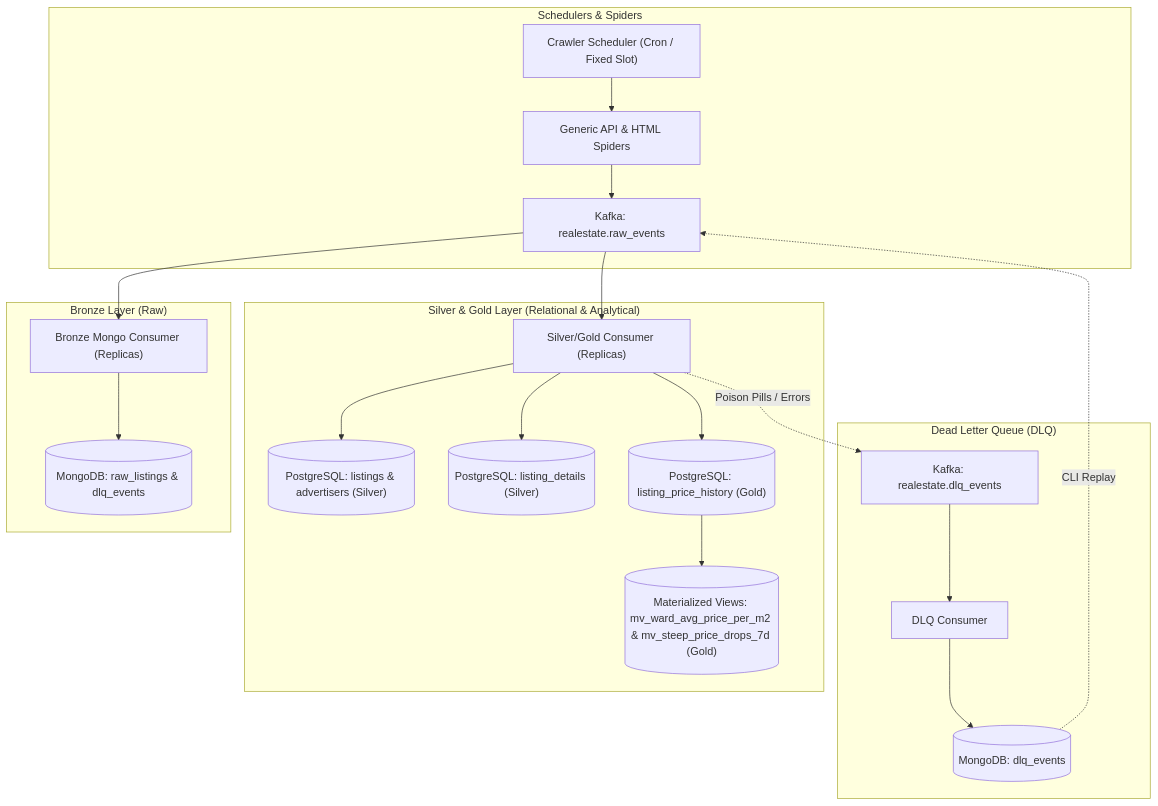
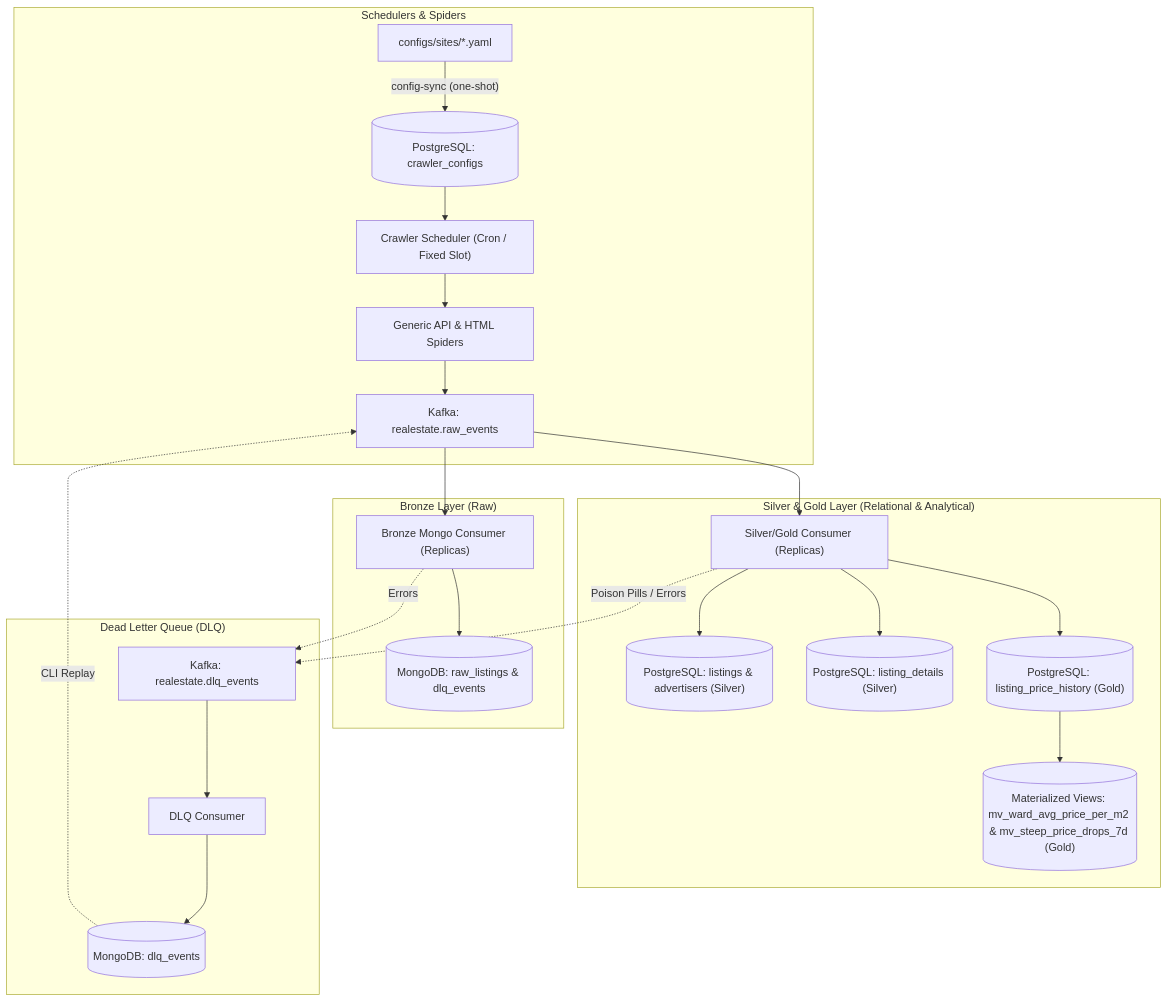
The diagram in docs/architecture.md (tranhuyhuan0609-web/Real-Estate-Price-Tracking-System), drawn with Mermaid before and after one commit. The commit also changed other lines of this file and 154 other files, not shown here.

````diff
--- a/docs/architecture.md
+++ b/docs/architecture.md
@@ -9,26 +9,29 @@
 ```mermaid
 flowchart TD
     subgraph Schedulers ["Schedulers & Spiders"]
-        SCHED["Crawler Scheduler (Cron / Fixed Slot)"] --> SPIDERS["Generic API & HTML Spiders"]
+        YAML["configs/sites/*.yaml"] -- "config-sync (one-shot)" --> PG_CFG[("PostgreSQL: crawler_configs")]
+        PG_CFG --> SCHED["Crawler Scheduler (Cron / Fixed Slot)"]
+        SCHED --> SPIDERS["Generic API & HTML Spiders"]
         SPIDERS --> KAFKA_RAW["Kafka: realestate.raw_events"]
     end
 
     subgraph BronzeLayer ["Bronze Layer (Raw)"]
         KAFKA_RAW --> BRONZE_CONSUMER["Bronze Mongo Consumer (Replicas)"]
         BRONZE_CONSUMER --> MONGO[("MongoDB: raw_listings & dlq_events")]
     end
 
     subgraph SilverGoldLayer ["Silver & Gold Layer (Relational & Analytical)"]
         KAFKA_RAW --> CLEAN_CONSUMER["Silver/Gold Consumer (Replicas)"]
         CLEAN_CONSUMER --> PG_LISTINGS[("PostgreSQL: listings & advertisers (Silver)")]
         CLEAN_CONSUMER --> PG_DETAILS[("PostgreSQL: listing_details (Silver)")]
         CLEAN_CONSUMER --> PG_HISTORY[("PostgreSQL: listing_price_history (Gold)")]
         PG_HISTORY --> MV_PRICE[("Materialized Views: mv_ward_avg_price_per_m2 & mv_steep_price_drops_7d (Gold)")]
     end
 
     subgraph DLQ ["Dead Letter Queue (DLQ)"]
         CLEAN_CONSUMER -. Poison Pills / Errors .-> KAFKA_DLQ["Kafka: realestate.dlq_events"]
+        BRONZE_CONSUMER -. Errors .-> KAFKA_DLQ
         KAFKA_DLQ --> DLQ_WORKER["DLQ Consumer"] --> MONGO_DLQ[("MongoDB: dlq_events")]
         MONGO_DLQ -. CLI Replay .-> KAFKA_RAW
     end
 ```
````
